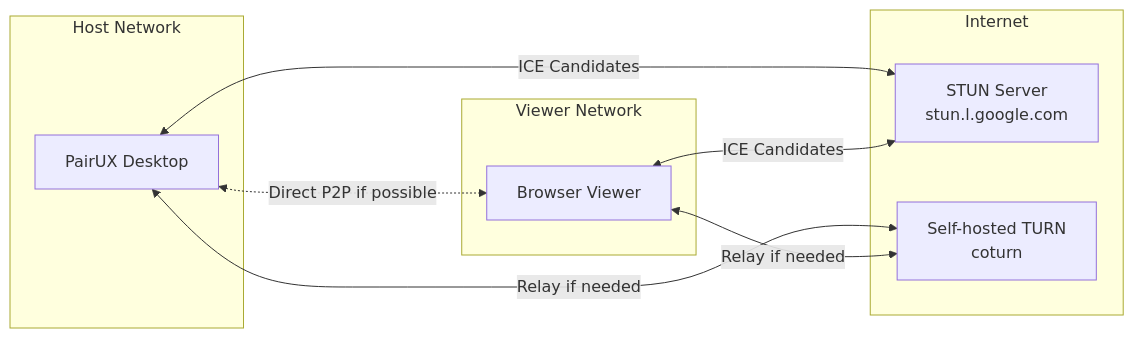
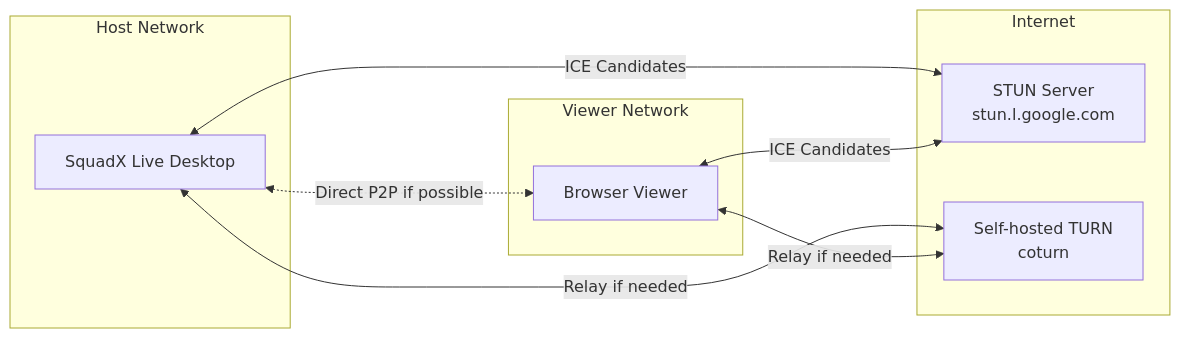
One commit to edsonmartins/squadx-live changed the fourth of 5 diagrams in docs/ARCHITECTURE.md. Above: the diagram before and after it, drawn with Mermaid. The commit also changed other lines of this file and 136 other files, not shown here.

Commit message:
fix: update README logo to use new SquadX Live PNG

````diff
--- a/docs/ARCHITECTURE.md
+++ b/docs/ARCHITECTURE.md
@@ -199,23 +199,23 @@
 ```mermaid
 graph LR
     subgraph Internet
         STUN[STUN Server<br/>stun.l.google.com]
         TURN[Self-hosted TURN<br/>coturn]
     end
 
     subgraph HostNetwork [Host Network]
-        HostApp[PairUX Desktop]
+        HostApp[SquadX Live Desktop]
     end
 
     subgraph ViewerNetwork [Viewer Network]
         ViewerBrowser[Browser Viewer]
     end
 
     HostApp <--> |ICE Candidates| STUN
     ViewerBrowser <--> |ICE Candidates| STUN
 
     HostApp <--> |Relay if needed| TURN
     ViewerBrowser <--> |Relay if needed| TURN
 
     HostApp <-.-> |Direct P2P if possible| ViewerBrowser
 ```
````
